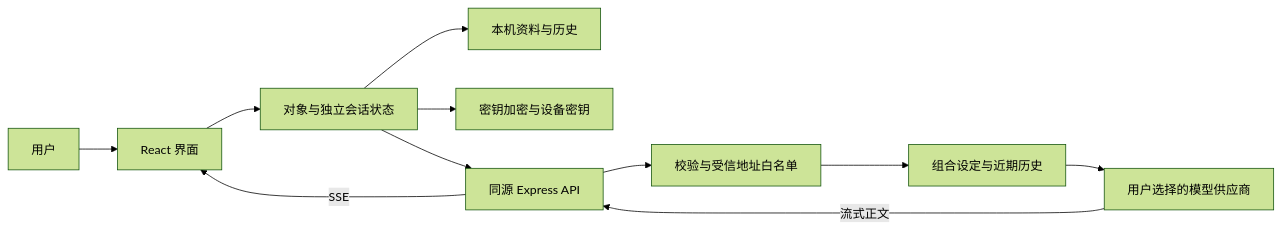
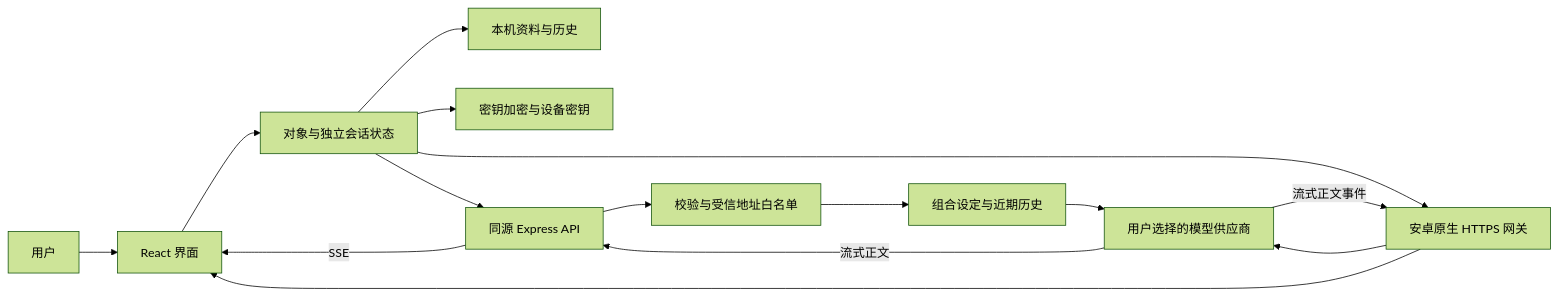
The diagram in docs/architecture.md (BUG423/ai-lover), drawn with Mermaid (forest theme) before and after one commit. The commit also changed other lines of this file and 97 other files, not shown here.

````diff
--- a/docs/architecture.md
+++ b/docs/architecture.md
@@ -13,13 +13,17 @@
 ```mermaid
 flowchart LR
   U[用户] --> UI[React 界面]
   UI --> Domain[对象与独立会话状态]
   Domain --> Local[本机资料与历史]
   Domain --> Secrets[密钥加密与设备密钥]
   Domain --> Proxy[同源 Express API]
+  Domain --> Native[安卓原生 HTTPS 网关]
   Proxy --> Validator[校验与受信地址白名单]
   Validator --> Prompt[组合设定与近期历史]
   Prompt --> Provider[用户选择的模型供应商]
+  Native --> Provider
+  Provider -->|流式正文事件| Native
+  Native --> UI
   Provider -->|流式正文| Proxy
   Proxy -->|SSE| UI
 ```
````
